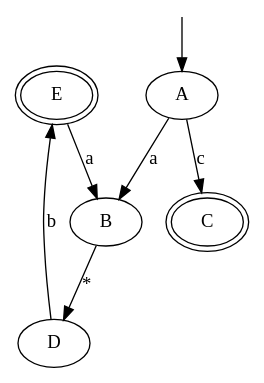
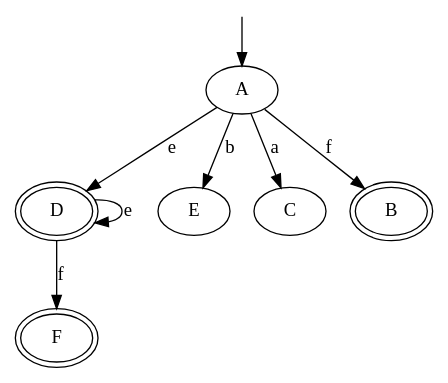
One commit to MarchMol/m2_lexic_analysis changed the diagram in direct_afd_construction/graph.dot. Above: the diagram before and after it, drawn with Graphviz. The commit also changed 8 other files, not shown here.

```diff
--- a/direct_afd_construction/graph.dot
+++ b/direct_afd_construction/graph.dot
@@ -1,14 +1,16 @@
 digraph {
-    0 [peripheries=2,  label = "E" ]
-    1 [ label = "B" ]
+    0 [peripheries=2,  label = "D" ]
+    1 [peripheries=2, peripheries=2,  label = "F" ]
     2 [ label = "A" ]
-    3 [peripheries=2,  label = "C" ]
-    4 [ label = "D" ]
-    0 -> 1 [ label = "a" ]
-    1 -> 4 [ label = "*" ]
-    2 -> 3 [ label = "c" ]
-    2 -> 1 [ label = "a" ]
-    4 -> 0 [ label = "b" ]
+    3 [ label = "E" ]
+    4 [ label = "C" ]
+    5 [peripheries=2,  label = "B" ]
+    0 -> 0 [ label = "e" ]
+    0 -> 1 [ label = "f" ]
+    2 -> 3 [ label = "b" ]
+    2 -> 0 [ label = "e" ]
+    2 -> 4 [ label = "a" ]
+    2 -> 5 [ label = "f" ]
 "" [style=invisible, width=0, height=0];
 "" -> 2;
 }
```
